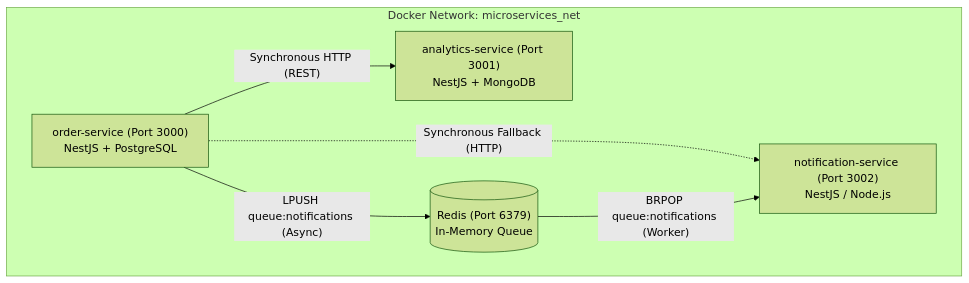
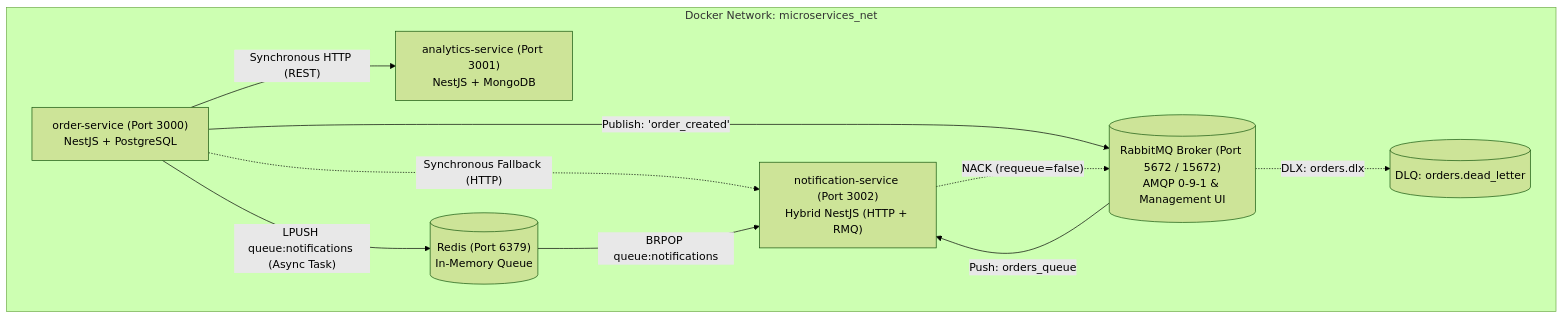
Before and after one commit to leonbohdan/notification-service: the diagram in README.md, drawn with Mermaid (forest theme). The commit also changed other lines of this file and 6 other files, not shown here.

Commit message:
feat: implement RabbitMQ event consumer with manual ack/nack handling and email validation

````diff
--- a/README.md
+++ b/README.md
@@ -29,14 +33,22 @@
 ```mermaid
 flowchart TD
     subgraph Docker Network: microservices_net
         OrderService["order-service (Port 3000)<br/>NestJS + PostgreSQL"]
         AnalyticsService["analytics-service (Port 3001)<br/>NestJS + MongoDB"]
-        NotificationService["notification-service (Port 3002)<br/>NestJS / Node.js"]
+        NotificationService["notification-service (Port 3002)<br/>Hybrid NestJS (HTTP + RMQ)"]
         RedisStore[("Redis (Port 6379)<br/>In-Memory Queue")]
+        RabbitBroker[("RabbitMQ Broker (Port 5672 / 15672)<br/>AMQP 0-9-1 & Management UI")]
 
         OrderService -- "Synchronous HTTP (REST)" --> AnalyticsService
         OrderService -. "Synchronous Fallback (HTTP)" .-> NotificationService
-        OrderService -- "LPUSH queue:notifications (Async)" --> RedisStore
-        RedisStore -- "BRPOP queue:notifications (Worker)" --> NotificationService
+        
+        OrderService -- "LPUSH queue:notifications (Async Task)" --> RedisStore
+        RedisStore -- "BRPOP queue:notifications" --> NotificationService
+
+        OrderService -- "Publish: 'order_created'" --> RabbitBroker
+        RabbitBroker -- "Push: orders_queue" --> NotificationService
+        
+        NotificationService -. "NACK (requeue=false)" .-> RabbitBroker
+        RabbitBroker -. "DLX: orders.dlx" .-> DLQ[("DLQ: orders.dead_letter")]
     end
 ```
````
